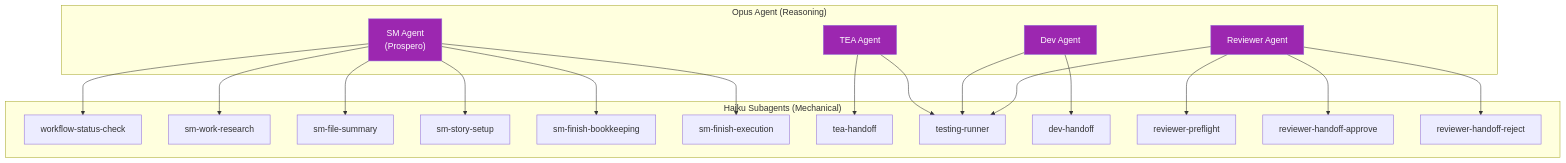
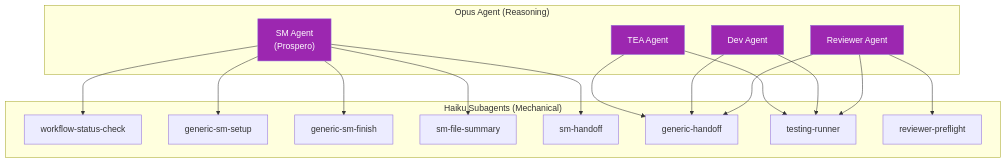
One commit to slabgorb/pennyfarthing changed the third of 9 diagrams in docs/TDD-FLOW-DIAGRAMS.md. Above: the diagram before and after it, drawn with Mermaid. The commit also changed other lines of this file and 20 other files, not shown here.

````diff
--- a/docs/TDD-FLOW-DIAGRAMS.md
+++ b/docs/TDD-FLOW-DIAGRAMS.md
@@ -100,47 +100,41 @@
 ```mermaid
 flowchart TB
     subgraph "Opus Agent (Reasoning)"
         SM["SM Agent<br/>(Prospero)"]
         TEA_A["TEA Agent"]
         DEV_A["Dev Agent"]
         REV_A["Reviewer Agent"]
     end
 
     subgraph "Haiku Subagents (Mechanical)"
         WSC["workflow-status-check"]
-        SWR["sm-work-research"]
+        GSS["generic-sm-setup"]
+        GSF["generic-sm-finish"]
         SFS["sm-file-summary"]
-        SSS["sm-story-setup"]
-        SFB["sm-finish-bookkeeping"]
-        SFE["sm-finish-execution"]
-        TH["tea-handoff"]
+        SMH["sm-handoff"]
+        GH["generic-handoff"]
         TR["testing-runner"]
-        DH["dev-handoff"]
         RP["reviewer-preflight"]
-        RHA["reviewer-handoff-approve"]
-        RHR["reviewer-handoff-reject"]
     end
 
     SM --> WSC
-    SM --> SWR
+    SM --> GSS
+    SM --> GSF
     SM --> SFS
-    SM --> SSS
-    SM --> SFB
-    SM --> SFE
+    SM --> SMH
 
-    TEA_A --> TH
+    TEA_A --> GH
     TEA_A --> TR
 
-    DEV_A --> DH
+    DEV_A --> GH
     DEV_A --> TR
 
     REV_A --> RP
-    REV_A --> RHA
-    REV_A --> RHR
+    REV_A --> GH
     REV_A --> TR
 
     style SM fill:#9c27b0,color:white
     style TEA_A fill:#9c27b0,color:white
     style DEV_A fill:#9c27b0,color:white
     style REV_A fill:#9c27b0,color:white
 ```
````
